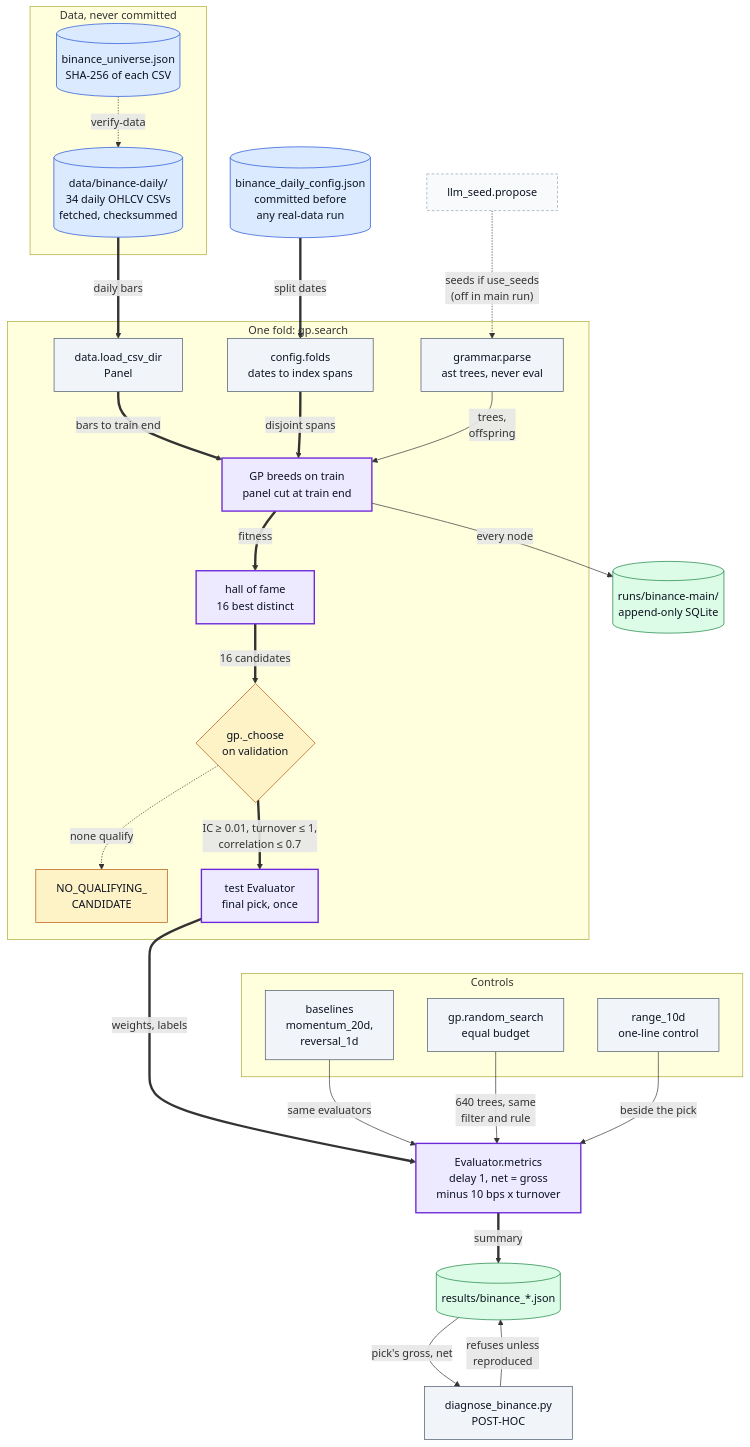
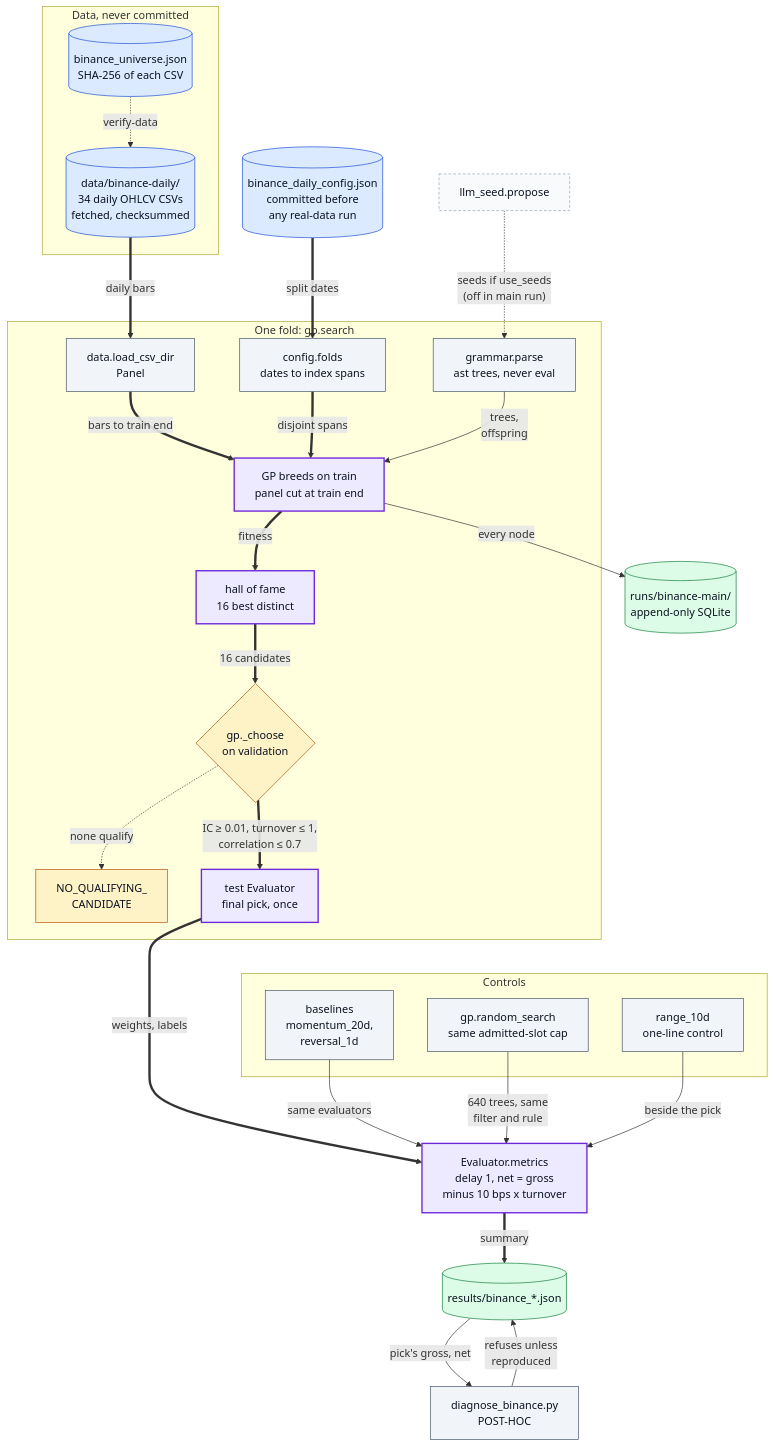
The first of 2 diagrams in README.md (oscar-chw/alpha-gp-lab), drawn with Mermaid before and after one commit. The commit also changed other lines of this file and 14 other files, not shown here.

````diff
--- a/README.md
+++ b/README.md
@@ -17,62 +17,62 @@
 ```mermaid
 flowchart TB
     subgraph DATA["Data, never committed"]
         CSV[("data/binance-daily/<br/>34 daily OHLCV CSVs<br/>fetched, checksummed")]
         UNI[("binance_universe.json<br/>SHA-256 of each CSV")]
     end
     CFG[("binance_daily_config.json<br/>committed before<br/>any real-data run")]
     LLM["llm_seed.propose"]
     subgraph SEARCH["One fold: gp.search"]
         PANEL["data.load_csv_dir<br/>Panel"]
         FOLDS["config.folds<br/>dates to index spans"]
         PARSE["grammar.parse<br/>ast trees, never eval"]
         TRAIN["GP breeds on train<br/>panel cut at train end"]
         HOF["hall of fame<br/>16 best distinct"]
         CHOOSE{"gp._choose<br/>on validation"}
         NONE["NO_QUALIFYING_<br/>CANDIDATE"]
         TEST["test Evaluator<br/>final pick, once"]
     end
     subgraph CTRL["Controls"]
         BASE["baselines<br/>momentum_20d,<br/>reversal_1d"]
-        RS["gp.random_search<br/>equal budget"]
+        RS["gp.random_search<br/>same admitted-slot cap"]
         ONE["range_10d<br/>one-line control"]
     end
     COST["Evaluator.metrics<br/>delay 1, net = gross<br/>minus 10 bps x turnover"]
     RES[("results/binance_*.json")]
     RUNS[("runs/binance-main/<br/>append-only SQLite")]
     DIAG["diagnose_binance.py<br/>POST-HOC"]
 
     UNI -.->|"verify-data"| CSV
     CSV ==>|"daily bars"| PANEL
     CFG ==>|"split dates"| FOLDS
     PANEL ==>|"bars to train end"| TRAIN
     FOLDS ==>|"disjoint spans"| TRAIN
     LLM -.->|"seeds if use_seeds<br/>(off in main run)"| PARSE
     PARSE -->|"trees,<br/>offspring"| TRAIN
     TRAIN -->|"every node"| RUNS
     TRAIN ==>|"fitness"| HOF
     HOF ==>|"16 candidates"| CHOOSE
     CHOOSE ==>|"IC ≥ 0.01, turnover ≤ 1,<br/>correlation ≤ 0.7"| TEST
     CHOOSE -.->|"none qualify"| NONE
     TEST ==>|"weights, labels"| COST
     BASE -->|"same evaluators"| COST
     RS -->|"640 trees, same<br/>filter and rule"| COST
     ONE -->|"beside the pick"| COST
     COST ==>|"summary"| RES
     TEST ~~~ CTRL
     RES -->|"pick's gross, net"| DIAG
     DIAG -->|"refuses unless<br/>reproduced"| RES
 
     classDef data fill:#dbeafe,stroke:#1d4ed8,color:#0b1220
     classDef step fill:#f1f5f9,stroke:#475569,color:#0b1220
     classDef gate fill:#fef3c7,stroke:#b45309,color:#0b1220
     classDef out  fill:#dcfce7,stroke:#15803d,color:#0b1220
     classDef ext  fill:#f8fafc,stroke:#94a3b8,color:#0b1220,stroke-dasharray:4 3
     classDef key  fill:#ede9fe,stroke:#6d28d9,color:#0b1220,stroke-width:2px
     class CSV,UNI,CFG data
     class PANEL,FOLDS,PARSE,BASE,RS,ONE,DIAG step
     class CHOOSE,NONE gate
     class RES,RUNS out
     class LLM ext
     class TRAIN,HOF,TEST,COST key
 ```
````
